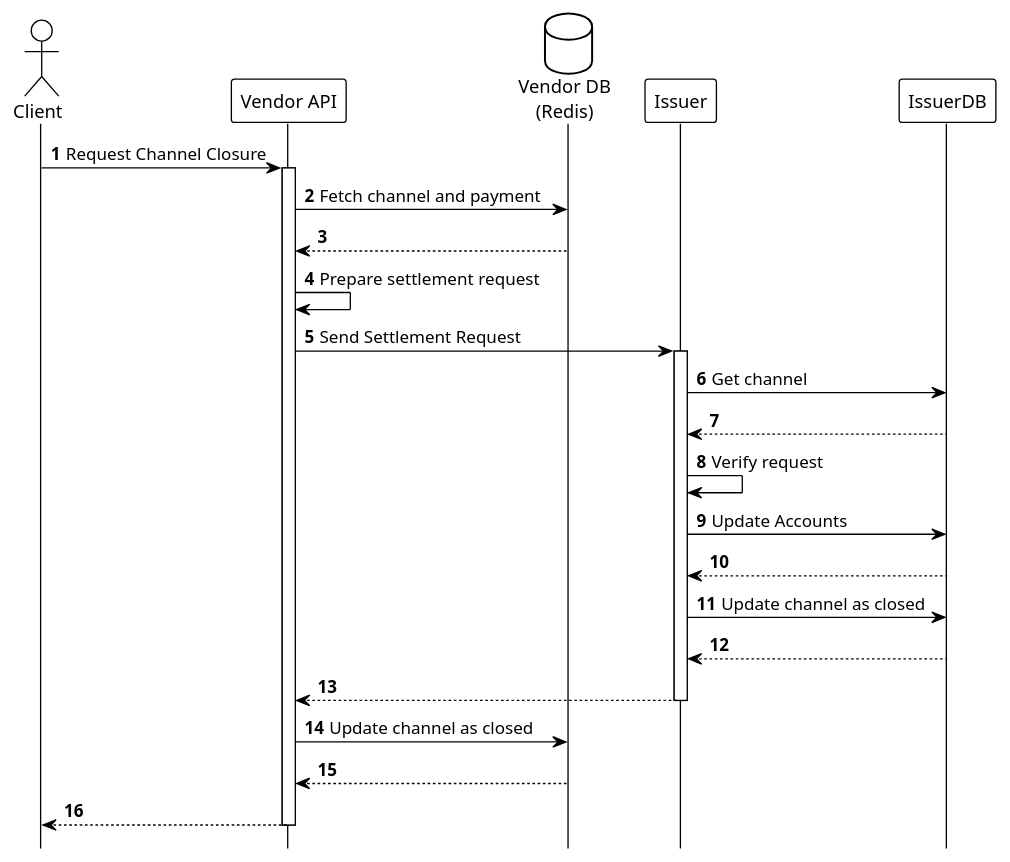
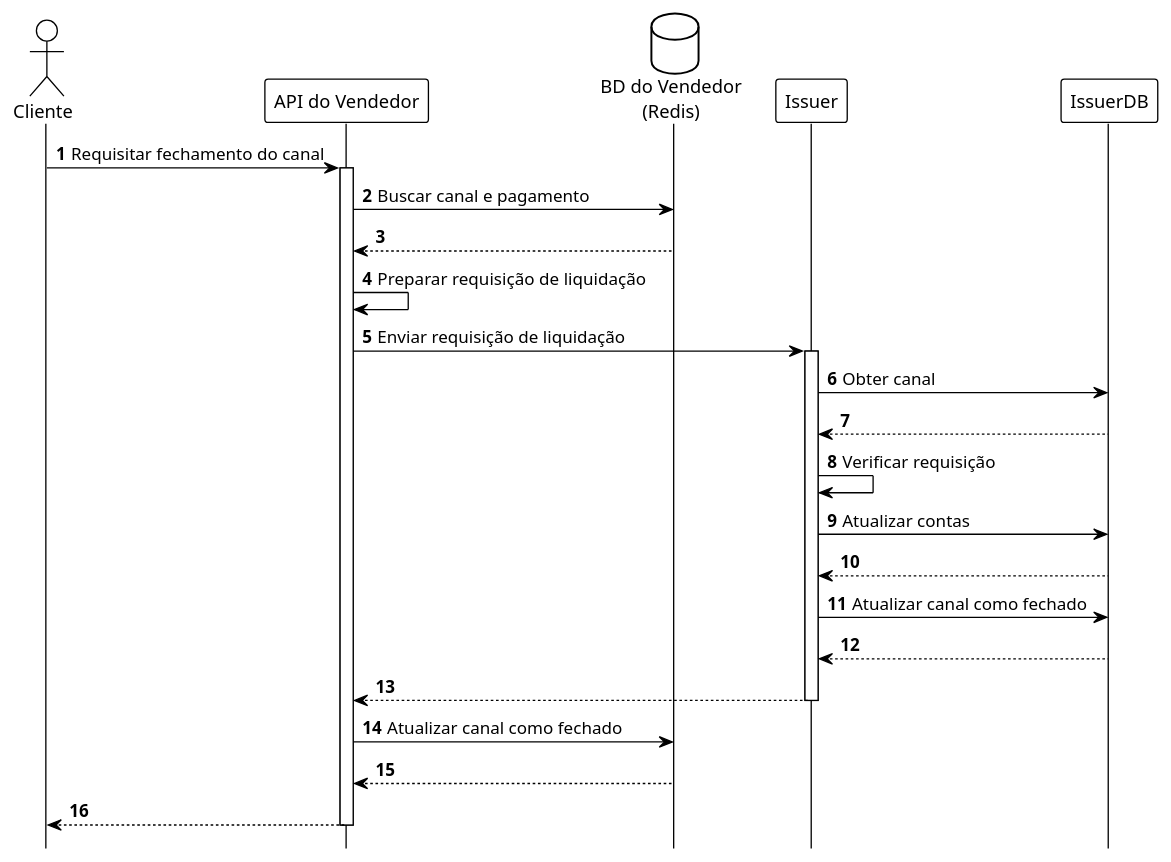
One commit to otaviootavio/nanomoni changed the diagram in umls/phase3-closure-initiation.puml. Above: the diagram before and after it, drawn with PlantUML. The commit also changed 161 other files, not shown here.

```diff
--- a/umls/phase3-closure-initiation.puml
+++ b/umls/phase3-closure-initiation.puml
@@ -1,41 +1,41 @@
 @startuml Phase3a_Closure_Initiation
 
 !theme plain
 autonumber
 
 hide footbox
 
-actor "Client" as Client
-participant "Vendor API" as Vendor
-database "Vendor DB\n(Redis)" as VendorDB
+actor "Cliente" as Client
+participant "API do Vendedor" as Vendor
+database "BD do Vendedor\n(Redis)" as VendorDB
 
-Client -> Vendor: Request Channel Closure
+Client -> Vendor: Requisitar fechamento do canal
 activate Vendor
 
-Vendor -> VendorDB: Fetch channel and payment
+Vendor -> VendorDB: Buscar canal e pagamento
 VendorDB --> Vendor
 
-Vendor -> Vendor: Prepare settlement request
+Vendor -> Vendor: Preparar requisição de liquidação
 
-Vendor -> Issuer: Send Settlement Request
+Vendor -> Issuer: Enviar requisição de liquidação
 activate Issuer
 
-Issuer -> IssuerDB: Get channel
+Issuer -> IssuerDB: Obter canal
 IssuerDB --> Issuer: 
 
-Issuer -> Issuer: Verify request
+Issuer -> Issuer: Verificar requisição
 
-Issuer -> IssuerDB: Update Accounts
+Issuer -> IssuerDB: Atualizar contas
 IssuerDB --> Issuer: 
-Issuer -> IssuerDB: Update channel as closed
+Issuer -> IssuerDB: Atualizar canal como fechado
 IssuerDB --> Issuer: 
 
 Issuer --> Vendor:
 deactivate Issuer
 
-Vendor -> VendorDB: Update channel as closed
+Vendor -> VendorDB: Atualizar canal como fechado
 VendorDB --> Vendor: 
 Vendor --> Client
 deactivate Vendor
 
 @enduml
```
